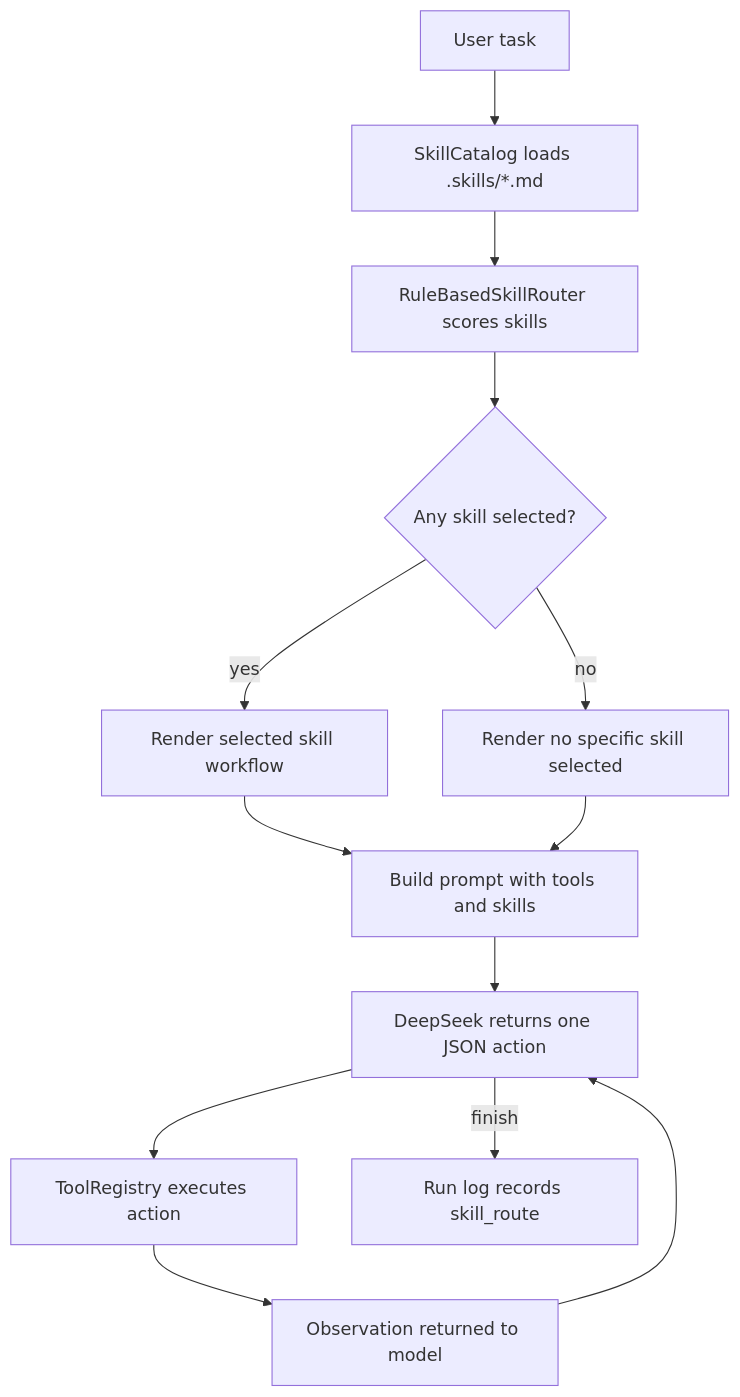
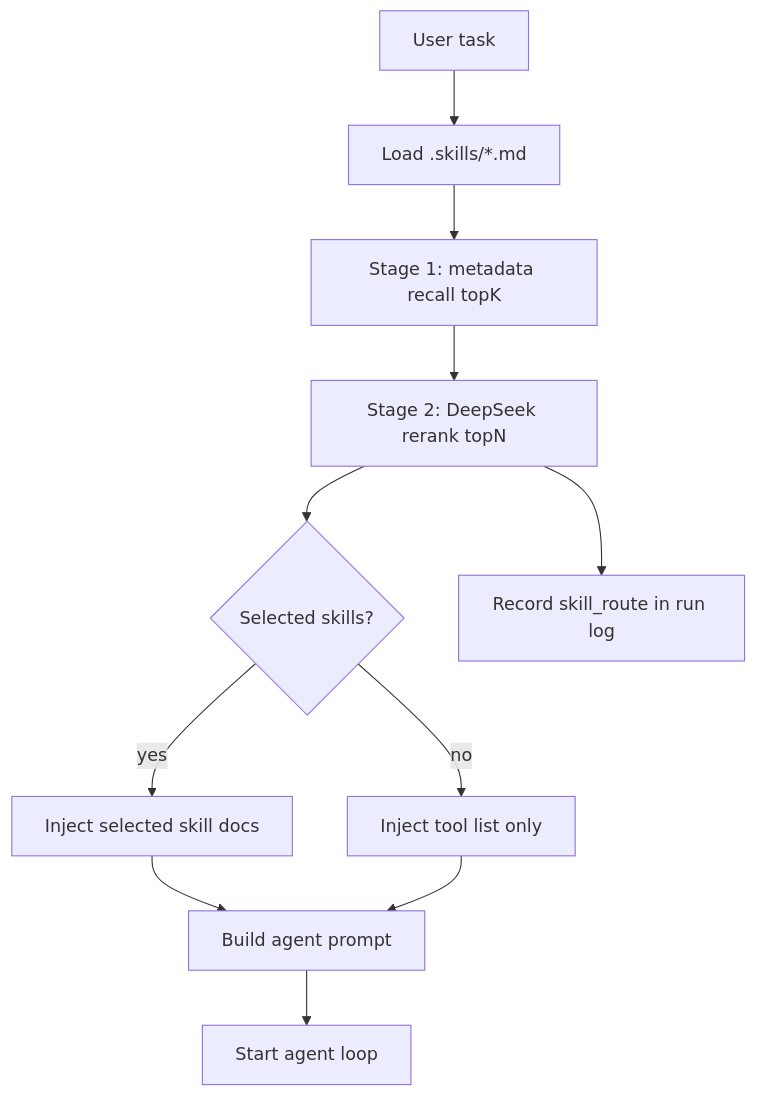
Before and after one commit to Cachuela11/MiniCode: the third of 3 diagrams in README.md, drawn with Mermaid. The commit also changed other lines of this file and 10 other files, not shown here.

````diff
--- a/README.md
+++ b/README.md
@@ -139,15 +139,13 @@
 ```mermaid
 flowchart TD
-    A[User task] --> B[SkillCatalog loads .skills/*.md]
-    B --> C[RuleBasedSkillRouter scores skills]
-    C --> D{Any skill selected?}
-    D -->|yes| E[Render selected skill workflow]
-    D -->|no| F[Render no specific skill selected]
-    E --> G[Build prompt with tools and skills]
-    F --> G
-    G --> H[DeepSeek returns one JSON action]
-    H --> I[ToolRegistry executes action]
-    I --> J[Observation returned to model]
-    J --> H
-    H -->|finish| K[Run log records skill_route]
+    A[User task] --> B[Load .skills/*.md]
+    B --> C[Stage 1: metadata recall topK]
+    C --> D[Stage 2: DeepSeek rerank topN]
+    D --> E{Selected skills?}
+    E -->|yes| F[Inject selected skill docs]
+    E -->|no| G[Inject tool list only]
+    F --> H[Build agent prompt]
+    G --> H
+    D --> I[Record skill_route in run log]
+    H --> J[Start agent loop]
 ```
````
